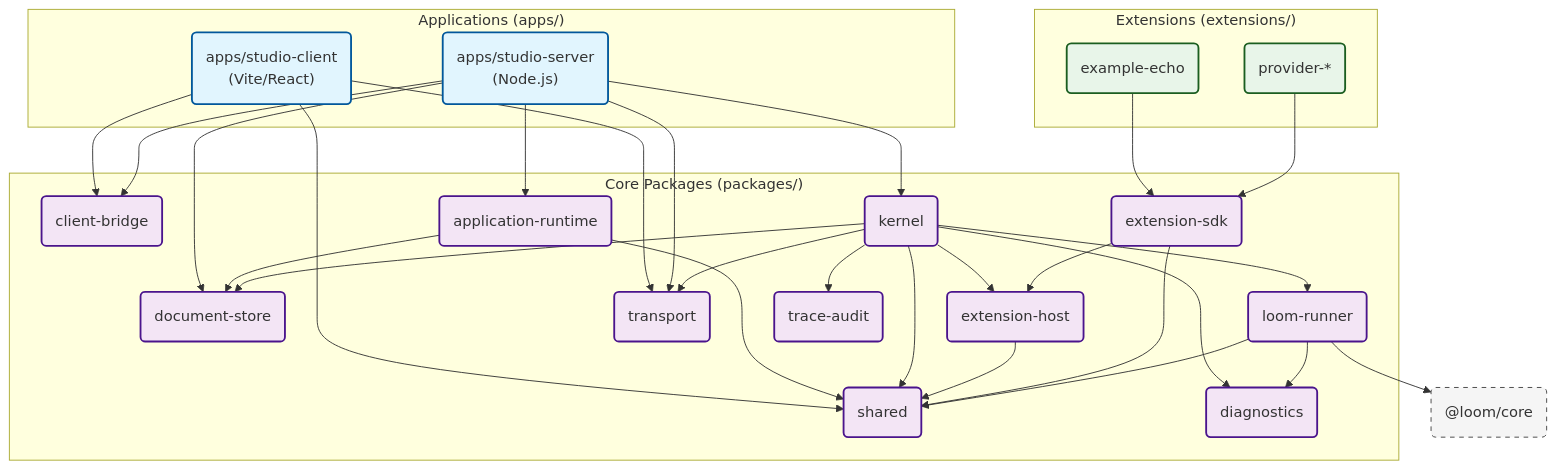
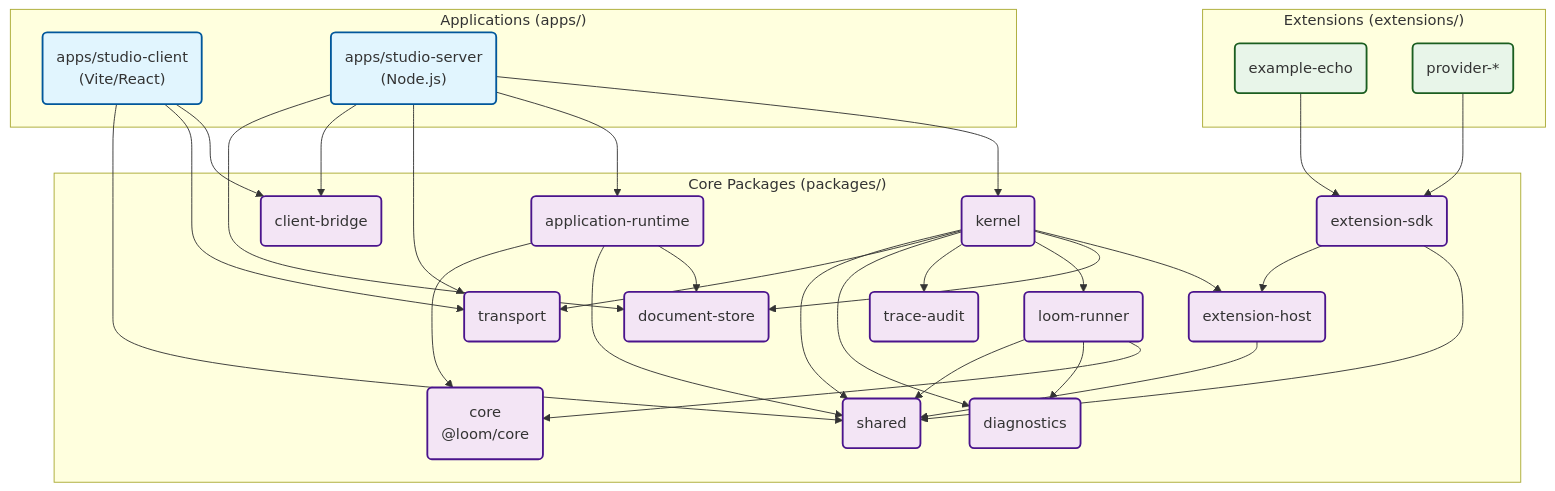
The diagram in docs/workbench/reference/dependency-graph.md (The-LoomStudio/LoomStudio), drawn with Mermaid before and after one commit. The commit also changed other lines of this file and 42 other files, not shown here.

Commit message:
refactor: move loom core into studio workspace

````diff
--- a/docs/workbench/reference/dependency-graph.md
+++ b/docs/workbench/reference/dependency-graph.md
@@ -7,72 +7,70 @@
 ```mermaid
 flowchart TD
     %% Define Styles
     classDef app fill:#e1f5fe,stroke:#01579b,stroke-width:2px;
     classDef pkg fill:#f3e5f5,stroke:#4a148c,stroke-width:2px;
     classDef ext fill:#e8f5e9,stroke:#1b5e20,stroke-width:2px;
-    classDef external fill:#f5f5f5,stroke:#424242,stroke-width:1px,stroke-dasharray: 5 5;
 
     %% Apps
     subgraph Apps["Applications (apps/)"]
         Client("apps/studio-client\n(Vite/React)"):::app
         Server("apps/studio-server\n(Node.js)"):::app
     end
 
     %% Extensions
     subgraph Extensions["Extensions (extensions/)"]
         ExampleEcho("example-echo"):::ext
         ProviderExt("provider-*"):::ext
     end
 
     %% Packages
     subgraph Packages["Core Packages (packages/)"]
+        LoomCore("core\n@loom/core"):::pkg
         ClientBridge("client-bridge"):::pkg
         ApplicationRuntime("application-runtime"):::pkg
         Kernel("kernel"):::pkg
         DocumentStore("document-store"):::pkg
         LoomRunner("loom-runner"):::pkg
         Transport("transport"):::pkg
         ExtensionSdk("extension-sdk"):::pkg
         ExtensionHost("extension-host"):::pkg
         Shared("shared"):::pkg
         TraceAudit("trace-audit"):::pkg
         Diagnostics("diagnostics"):::pkg
     end
-
-    %% External
-    LoomCore("@loom/core"):::external
 
     %% Edges (Dependencies)
     Client --> ClientBridge
     Client --> Transport
     Client --> Shared
 
     Server --> Kernel
     Server --> ApplicationRuntime
     Server --> Transport
     Server --> ClientBridge
     Server --> DocumentStore
 
     ApplicationRuntime --> DocumentStore
     ApplicationRuntime --> Shared
+    ApplicationRuntime --> LoomCore
 
     Kernel --> ExtensionHost
     Kernel --> DocumentStore
     Kernel --> LoomRunner
     Kernel --> TraceAudit
     Kernel --> Diagnostics
     Kernel --> Transport
     Kernel --> Shared
 
     ExtensionHost --> Shared
 
     ExtensionSdk --> Shared
     ExtensionSdk --> ExtensionHost
 
     LoomRunner --> LoomCore
     LoomRunner --> Diagnostics
     LoomRunner --> Shared
 
     ExampleEcho --> ExtensionSdk
     ProviderExt --> ExtensionSdk
 ```
````
